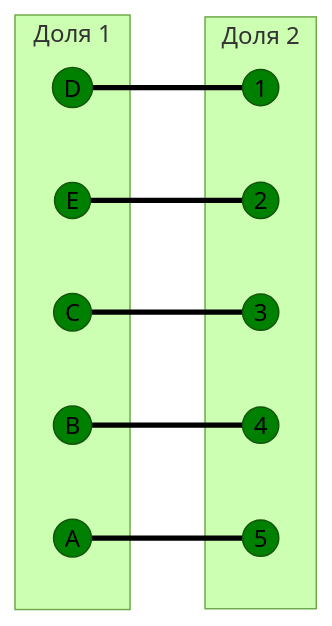
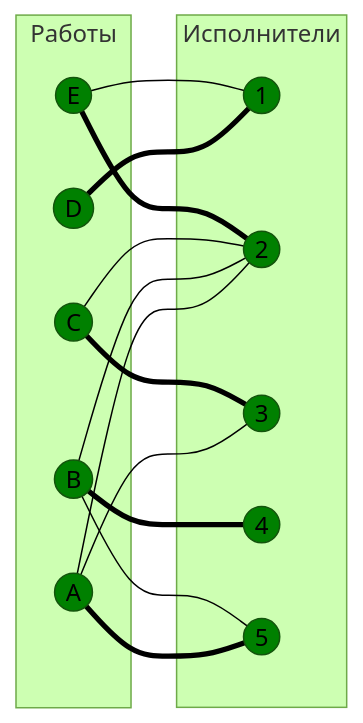
One commit to algos-ris-24-4/manual-tasks changed the fifth of 5 diagrams in Задание 8/krytie.md. Above: the diagram before and after it, drawn with Mermaid (forest theme). The commit also changed other lines of this file, not shown here.

````diff
--- a/Задание 8/krytie.md
+++ b/Задание 8/krytie.md
@@ -462,33 +187,38 @@
 ```mermaid
 graph LR
-    subgraph "Доля 1"
+    subgraph "Работы"
         A((A))
         B((B))
         C((C))
         D((D))
         E((E))
     end
-    subgraph "Доля 2"
-        1((1))
-        2((2))
-        3((3))
-        4((4))
-        5((5))
+    subgraph "Исполнители"
+        n1((1))
+        n2((2))
+        n3((3))
+        n4((4))
+        n5((5))
     end
-    A === 5
-    B === 4
-    C === 3
-    D === 1
-    E === 2
-
+    A === n5
+    A --- n2
+    A --- n3
+    B === n4
+    B --- n2
+    B --- n5
+    C === n3
+    C --- n2
+    D === n1
+    E === n2
+    E --- n1
     style A fill:#008000
     style B fill:#008000
     style C fill:#008000
     style D fill:#008000
     style E fill:#008000
-    style 1 fill:#008000
-    style 2 fill:#008000
-    style 3 fill:#008000
-    style 4 fill:#008000
-    style 5 fill:#008000
+    style n1 fill:#008000
+    style n2 fill:#008000
+    style n3 fill:#008000
+    style n4 fill:#008000
+    style n5 fill:#008000
 ```
````
